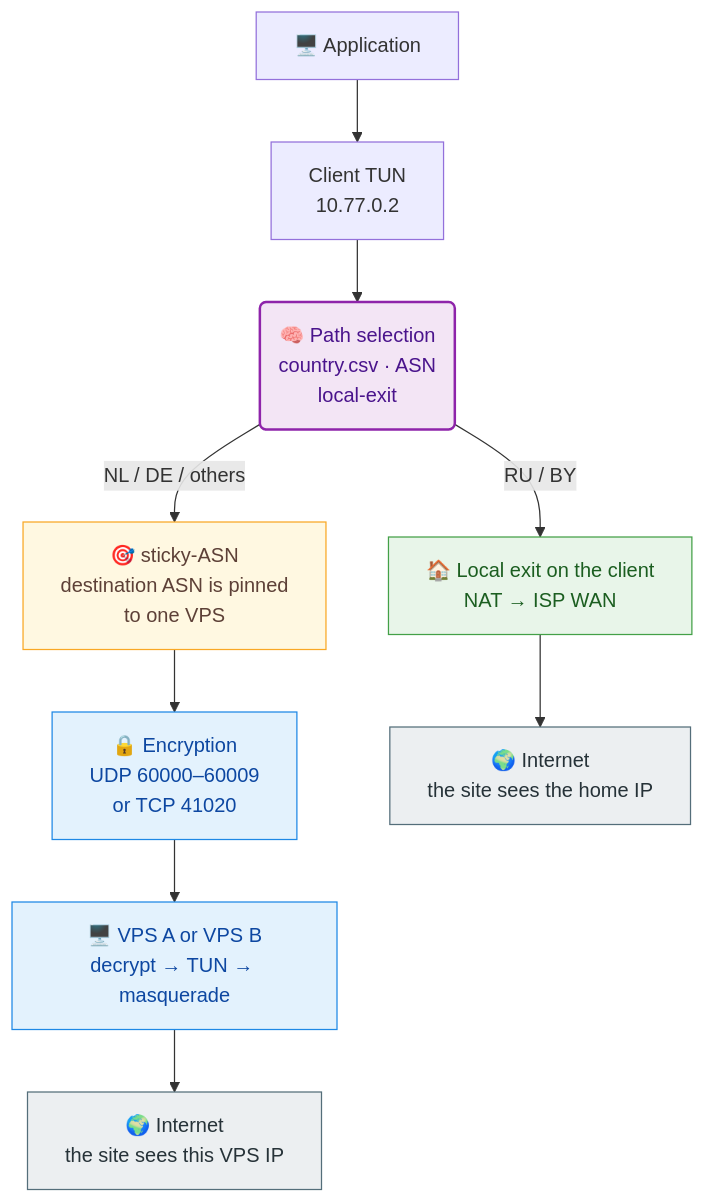
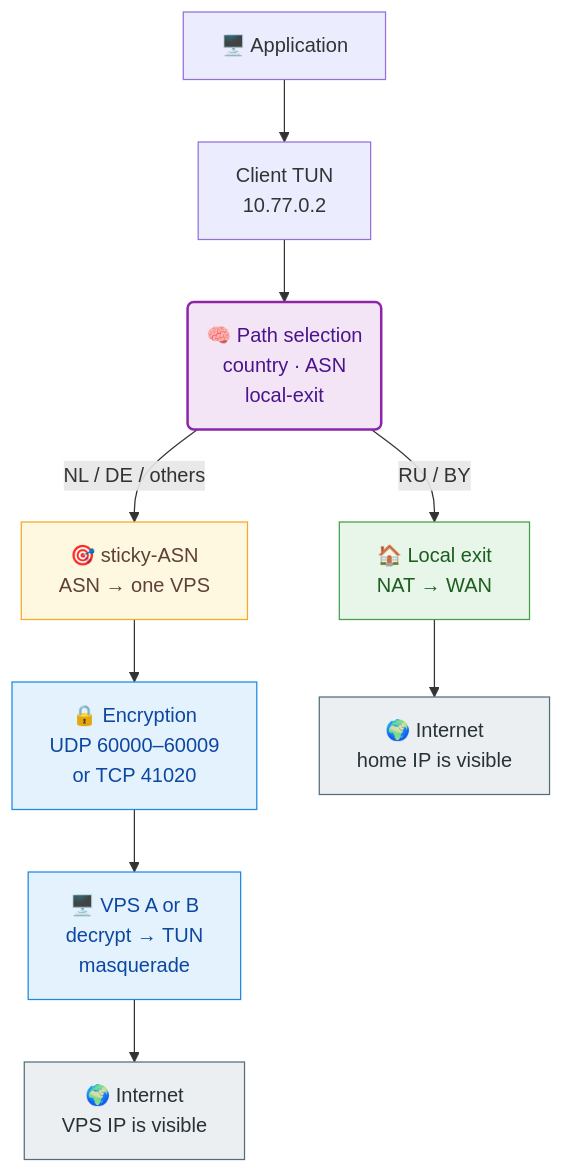
One commit to vadv/svpn changed the diagram in README.en.md. Above: the diagram before and after it, drawn with Mermaid. The commit also changed 1 other file, not shown here.

Commit message:
docs: shorten diagram labels for GitHub wrapping

````diff
--- a/README.en.md
+++ b/README.en.md
@@ -212,21 +212,21 @@
 ```mermaid
 flowchart TD
     app["🖥️ Application"] --> tun["Client TUN<br/>10.77.0.2"]
-    tun --> brain("🧠 Path selection<br/>country.csv · ASN<br/>local-exit")
-    brain -->|"RU / BY"| local["🏠 Local exit on the client<br/>NAT → ISP WAN"]
-    brain -->|"NL / DE / others"| asn["🎯 sticky-ASN<br/>destination ASN is pinned<br/>to one VPS"]
+    tun --> brain("🧠 Path selection<br/>country · ASN<br/>local-exit")
+    brain -->|"RU / BY"| local["🏠 Local exit<br/>NAT → WAN"]
+    brain -->|"NL / DE / others"| asn["🎯 sticky-ASN<br/>ASN → one VPS"]
     asn --> enc["🔒 Encryption<br/>UDP 60000–60009<br/>or TCP 41020"]
-    enc --> vps["🖥️ VPS A or VPS B<br/>decrypt → TUN → masquerade"]
-    local --> home["🌍 Internet<br/>the site sees the home IP"]
-    vps --> via["🌍 Internet<br/>the site sees this VPS IP"]
+    enc --> vps["🖥️ VPS A or B<br/>decrypt → TUN<br/>masquerade"]
+    local --> home["🌍 Internet<br/>home IP is visible"]
+    vps --> via["🌍 Internet<br/>VPS IP is visible"]
     classDef brain fill:#f3e5f5,stroke:#8e24aa,stroke-width:2px,color:#4a148c
     classDef local fill:#e8f5e9,stroke:#43a047,color:#1b5e20
     classDef asn fill:#fff8e1,stroke:#f9a825,color:#5d4037
     classDef vpn fill:#e3f2fd,stroke:#1e88e5,color:#0d47a1
     classDef edge fill:#eceff1,stroke:#546e7a,color:#263238
     class brain brain
     class local local
     class asn asn
     class enc,vps vpn
     class home,via edge
 ```
````
